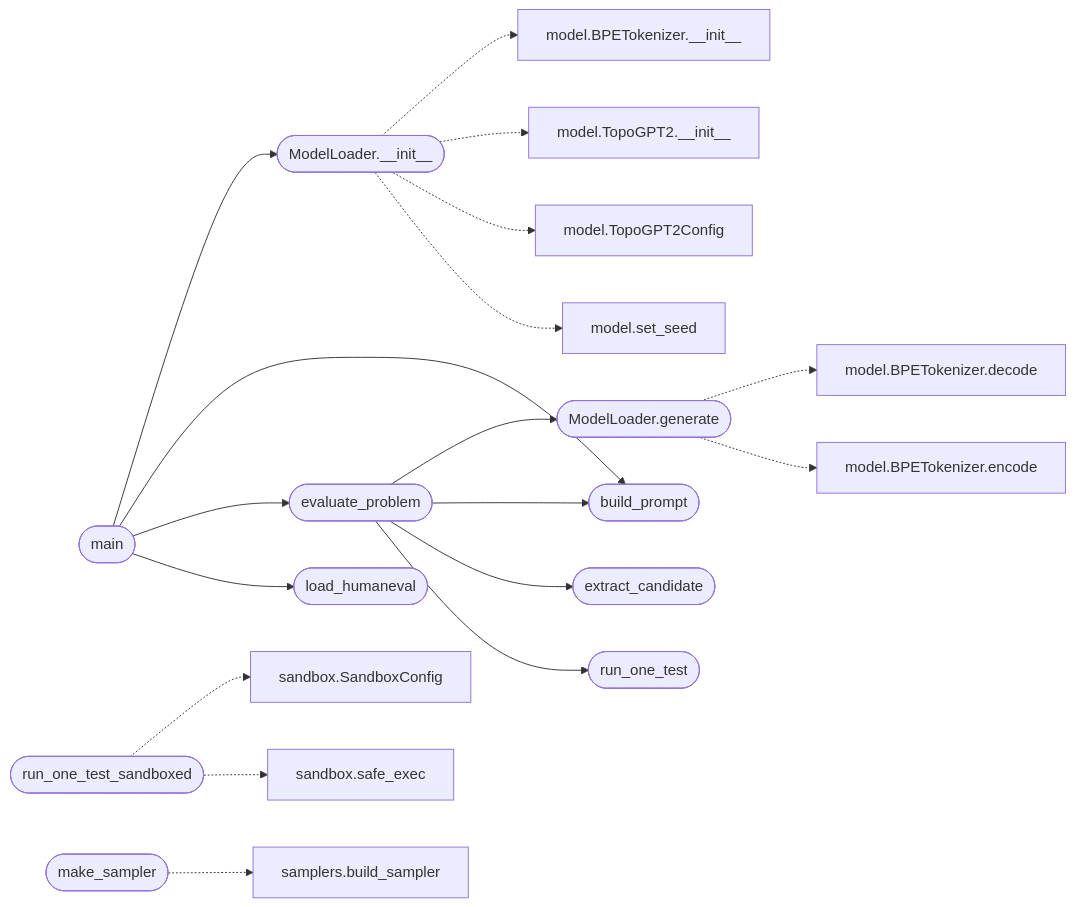
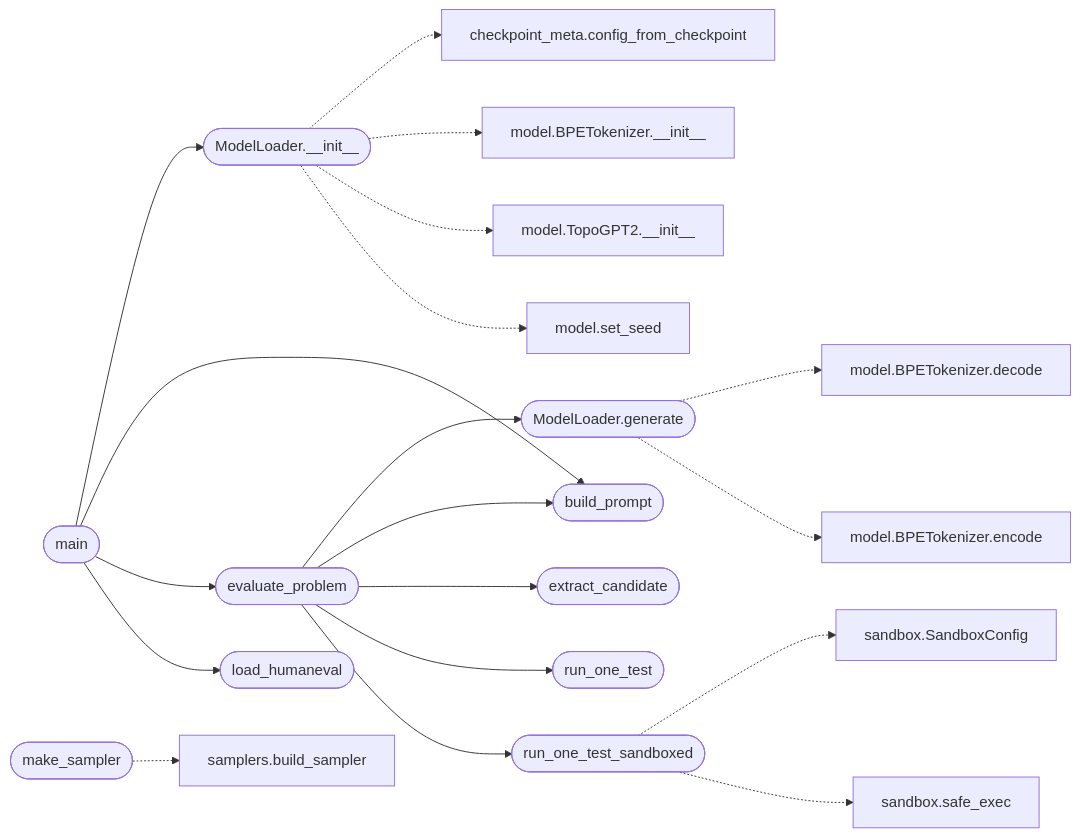
One commit to grisuno/TopoGPT3 changed the diagram in readmenator-apidocs/modules/eval.harness.py.md. Above: the diagram before and after it, drawn with Mermaid. The commit also changed other lines of this file and 185 other files, not shown here.

````diff
--- a/readmenator-apidocs/modules/eval.harness.py.md
+++ b/readmenator-apidocs/modules/eval.harness.py.md
@@ -30,39 +30,40 @@
 ```mermaid
 flowchart LR
     n_eval_harness_py__evaluate_problem(["evaluate_problem"])
     n_eval_harness_py__ModelLoader_generate(["ModelLoader.generate"])
     n_eval_harness_py__build_prompt(["build_prompt"])
     n_eval_harness_py__extract_candidate(["extract_candidate"])
     n_eval_harness_py__run_one_test(["run_one_test"])
+    n_eval_harness_py__run_one_test_sandboxed(["run_one_test_sandboxed"])
     n_eval_harness_py__main(["main"])
     n_eval_harness_py__ModelLoader___init__(["ModelLoader.__init__"])
     n_eval_harness_py__load_humaneval(["load_humaneval"])
-    n_eval_harness_py__run_one_test_sandboxed(["run_one_test_sandboxed"])
     n_eval_sandbox_py__SandboxConfig["sandbox.SandboxConfig"]
     n_eval_sandbox_py__safe_exec["sandbox.safe_exec"]
     n_eval_harness_py__make_sampler(["make_sampler"])
     n_eval_samplers_py__build_sampler["samplers.build_sampler"]
+    n_topogpt3_checkpoint_meta_py__config_from_checkpoint["checkpoint_meta.config_from_checkpoint"]
     n_topogpt3_model_py__BPETokenizer___init__["model.BPETokenizer.__init__"]
     n_topogpt3_model_py__TopoGPT2___init__["model.TopoGPT2.__init__"]
-    n_topogpt3_model_py__TopoGPT2Config["model.TopoGPT2Config"]
     n_topogpt3_model_py__set_seed["model.set_seed"]
     n_topogpt3_model_py__BPETokenizer_decode["model.BPETokenizer.decode"]
     n_topogpt3_model_py__BPETokenizer_encode["model.BPETokenizer.encode"]
     n_eval_harness_py__evaluate_problem --> n_eval_harness_py__ModelLoader_generate
     n_eval_harness_py__evaluate_problem --> n_eval_harness_py__build_prompt
     n_eval_harness_py__evaluate_problem --> n_eval_harness_py__extract_candidate
     n_eval_harness_py__evaluate_problem --> n_eval_harness_py__run_one_test
+    n_eval_harness_py__evaluate_problem --> n_eval_harness_py__run_one_test_sandboxed
     n_eval_harness_py__main --> n_eval_harness_py__ModelLoader___init__
     n_eval_harness_py__main --> n_eval_harness_py__build_prompt
     n_eval_harness_py__main --> n_eval_harness_py__evaluate_problem
     n_eval_harness_py__main --> n_eval_harness_py__load_humaneval
     n_eval_harness_py__run_one_test_sandboxed -.-> n_eval_sandbox_py__SandboxConfig
     n_eval_harness_py__run_one_test_sandboxed -.-> n_eval_sandbox_py__safe_exec
     n_eval_harness_py__make_sampler -.-> n_eval_samplers_py__build_sampler
+    n_eval_harness_py__ModelLoader___init__ -.-> n_topogpt3_checkpoint_meta_py__config_from_checkpoint
     n_eval_harness_py__ModelLoader___init__ -.-> n_topogpt3_model_py__BPETokenizer___init__
     n_eval_harness_py__ModelLoader___init__ -.-> n_topogpt3_model_py__TopoGPT2___init__
-    n_eval_harness_py__ModelLoader___init__ -.-> n_topogpt3_model_py__TopoGPT2Config
     n_eval_harness_py__ModelLoader___init__ -.-> n_topogpt3_model_py__set_seed
     n_eval_harness_py__ModelLoader_generate -.-> n_topogpt3_model_py__BPETokenizer_decode
     n_eval_harness_py__ModelLoader_generate -.-> n_topogpt3_model_py__BPETokenizer_encode
 ```
````
